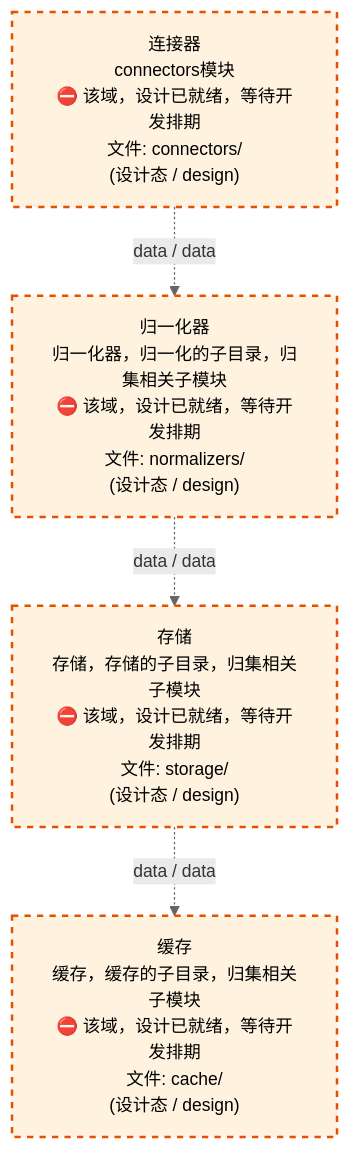
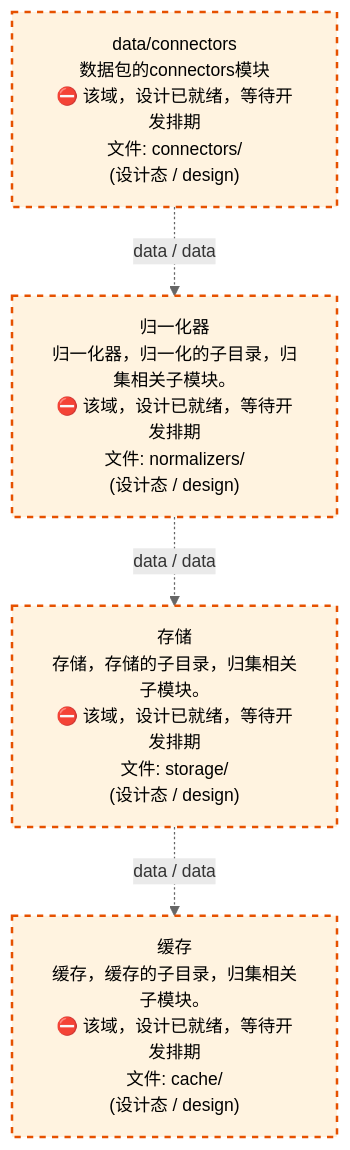
The third of 4 diagrams in docs/02_enterprise_architecture/02_domain_architecture_docs/11_d_data.md (xuanFelixVan/ZephyrAlpha), drawn with Mermaid before and after one commit. The commit also changed other lines of this file and 58 other files, not shown here.

````diff
--- a/docs/02_enterprise_architecture/02_domain_architecture_docs/11_d_data.md
+++ b/docs/02_enterprise_architecture/02_domain_architecture_docs/11_d_data.md
@@ -1290,16 +1290,16 @@
 ```mermaid
 %%{init: {'theme': 'base', 'themeVariables': {'primaryColor': '#eaeaea', 'primaryTextColor': '#333333', 'primaryBorderColor': '#666666', 'lineColor': '#666666', 'secondaryColor': '#eaeaea', 'tertiaryColor': '#eaeaea', 'fontSize': '14px'}}}%%
 flowchart TD
-    src_zephyr_data_connectors["连接器<br/>connectors模块<br/>⛔ 该域，设计已就绪，等待开发排期<br/>文件: connectors/<br/>(设计态 / design)"]
-    src_zephyr_data_normalizers["归一化器<br/>归一化器，归一化的子目录，归集相关子模块<br/>⛔ 该域，设计已就绪，等待开发排期<br/>文件: normalizers/<br/>(设计态 / design)"]
-    src_zephyr_data_storage["存储<br/>存储，存储的子目录，归集相关子模块<br/>⛔ 该域，设计已就绪，等待开发排期<br/>文件: storage/<br/>(设计态 / design)"]
-    src_zephyr_data_cache["缓存<br/>缓存，缓存的子目录，归集相关子模块<br/>⛔ 该域，设计已就绪，等待开发排期<br/>文件: cache/<br/>(设计态 / design)"]
+    src_zephyr_data_connectors["data/connectors<br/>数据包的connectors模块<br/>⛔ 该域，设计已就绪，等待开发排期<br/>文件: connectors/<br/>(设计态 / design)"]
+    src_zephyr_data_normalizers["归一化器<br/>归一化器，归一化的子目录，归集相关子模块。<br/>⛔ 该域，设计已就绪，等待开发排期<br/>文件: normalizers/<br/>(设计态 / design)"]
+    src_zephyr_data_storage["存储<br/>存储，存储的子目录，归集相关子模块。<br/>⛔ 该域，设计已就绪，等待开发排期<br/>文件: storage/<br/>(设计态 / design)"]
+    src_zephyr_data_cache["缓存<br/>缓存，缓存的子目录，归集相关子模块。<br/>⛔ 该域，设计已就绪，等待开发排期<br/>文件: cache/<br/>(设计态 / design)"]
     src_zephyr_data_connectors -.->|data / data| src_zephyr_data_normalizers
     src_zephyr_data_normalizers -.->|data / data| src_zephyr_data_storage
     src_zephyr_data_storage -.->|data / data| src_zephyr_data_cache
     classDef production fill:#e1f5fe,stroke:#01579b,stroke-width:2px,color:#000
     classDef design fill:#fff3e0,stroke:#e65100,stroke-width:2px,color:#000,stroke-dasharray: 5 5
     classDef external_prod fill:#e8f4fd,stroke:#0277bd,stroke-width:1px,color:#000
     classDef external_design fill:#fff8e7,stroke:#ef6c00,stroke-width:1px,color:#000,stroke-dasharray: 5 5
     class src_zephyr_data_cache,src_zephyr_data_connectors,src_zephyr_data_normalizers,src_zephyr_data_storage design
 ```
````
